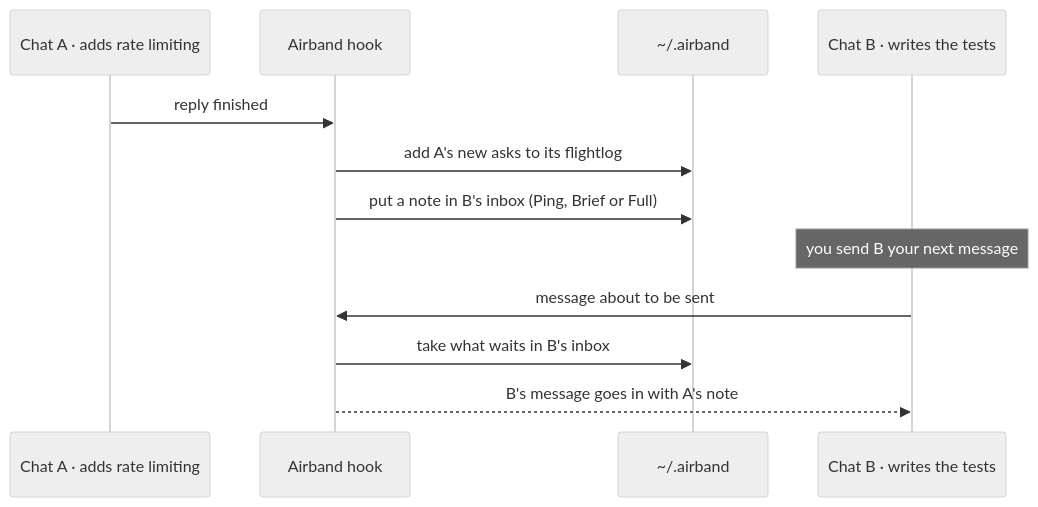
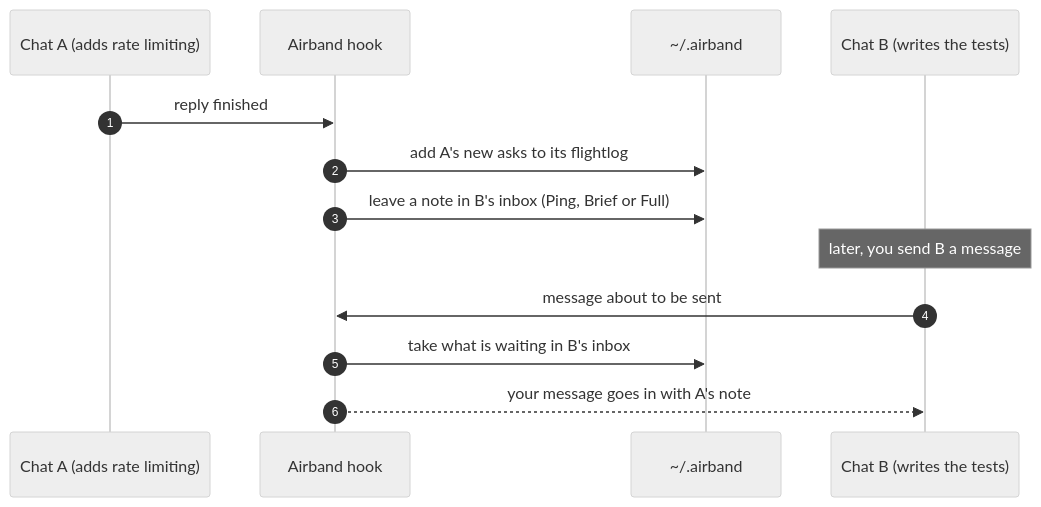
Before and after one commit to HarshBaldaniya/airband: the second of 3 diagrams in README.md, drawn with Mermaid (neutral theme). The commit also changed other lines of this file and 6 other files, not shown here.

First line of the commit message:
README: rewritten with diagrams; screenshots and demo video removed

````diff
--- a/README.md
+++ b/README.md
@@ -134,14 +129,16 @@
 ```mermaid
 sequenceDiagram
-  participant A as Chat A · adds rate limiting
-  participant H as Airband hook
-  participant L as ~/.airband
-  participant B as Chat B · writes the tests
-  A->>H: reply finished
-  H->>L: add A's new asks to its flightlog
-  H->>L: put a note in B's inbox (Ping, Brief or Full)
-  Note over B: you send B your next message
-  B->>H: message about to be sent
-  H->>L: take what waits in B's inbox
-  H-->>B: B's message goes in with A's note
+    autonumber
+    participant A as Chat A (adds rate limiting)
+    participant H as Airband hook
+    participant L as ~/.airband
+    participant B as Chat B (writes the tests)
+
+    A->>H: reply finished
+    H->>L: add A's new asks to its flightlog
+    H->>L: leave a note in B's inbox (Ping, Brief or Full)
+    Note over B: later, you send B a message
+    B->>H: message about to be sent
+    H->>L: take what is waiting in B's inbox
+    H-->>B: your message goes in with A's note
 ```
````
